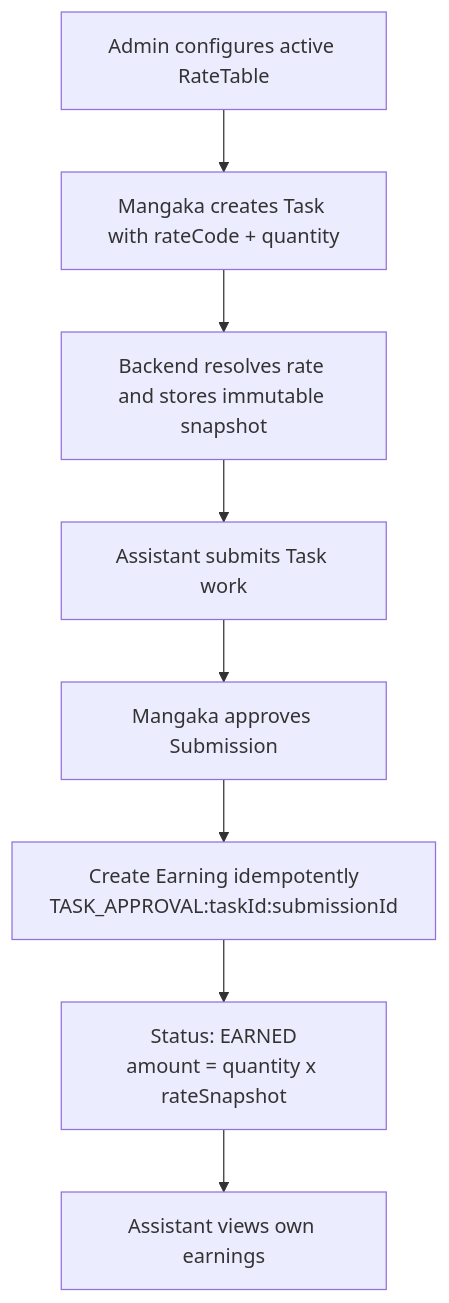
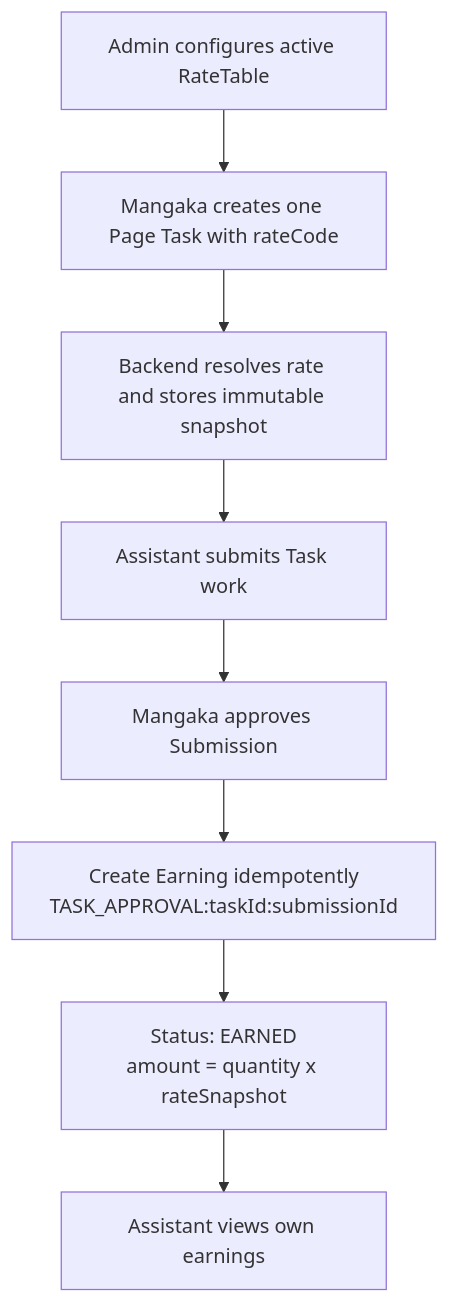
One commit to ntu254/MangaFlow changed the diagram in docs/business-flows/08-earnings.md. Above: the diagram before and after it, drawn with Mermaid. The commit also changed other lines of this file and 42 other files, not shown here.

Commit message:
docs: align canonical business flows and ai-service specs

````diff
--- a/docs/business-flows/08-earnings.md
+++ b/docs/business-flows/08-earnings.md
@@ -11,10 +12,10 @@
 ```mermaid
 graph TD
-    A[Admin configures active RateTable] --> B[Mangaka creates Task with rateCode + quantity]
+    A[Admin configures active RateTable] --> B[Mangaka creates one Page Task with rateCode]
     B --> C[Backend resolves rate and stores immutable snapshot]
     C --> D[Assistant submits Task work]
     D --> E[Mangaka approves Submission]
     E --> F[Create Earning idempotently<br/>TASK_APPROVAL:taskId:submissionId]
     F --> G[Status: EARNED<br/>amount = quantity x rateSnapshot]
     G --> H[Assistant views own earnings]
 ```
````
